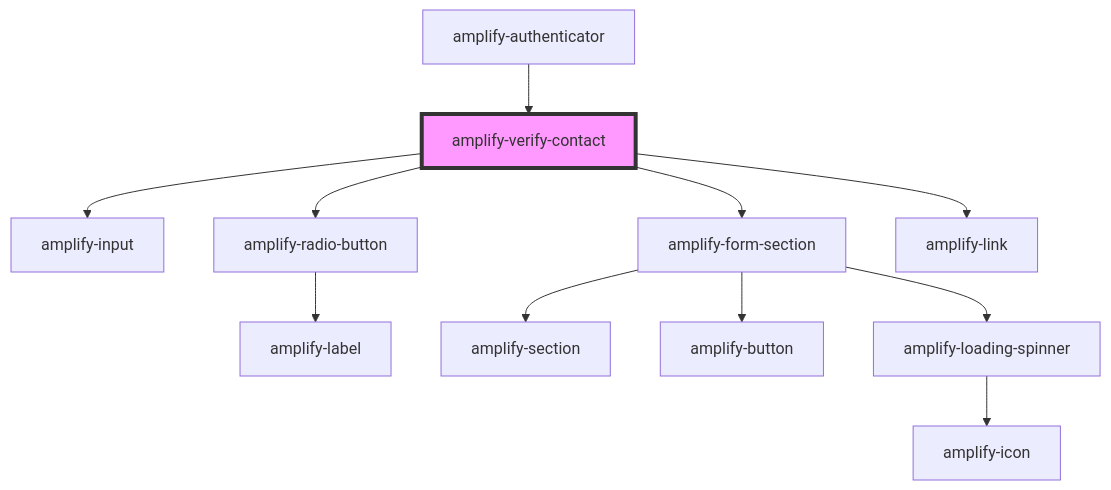
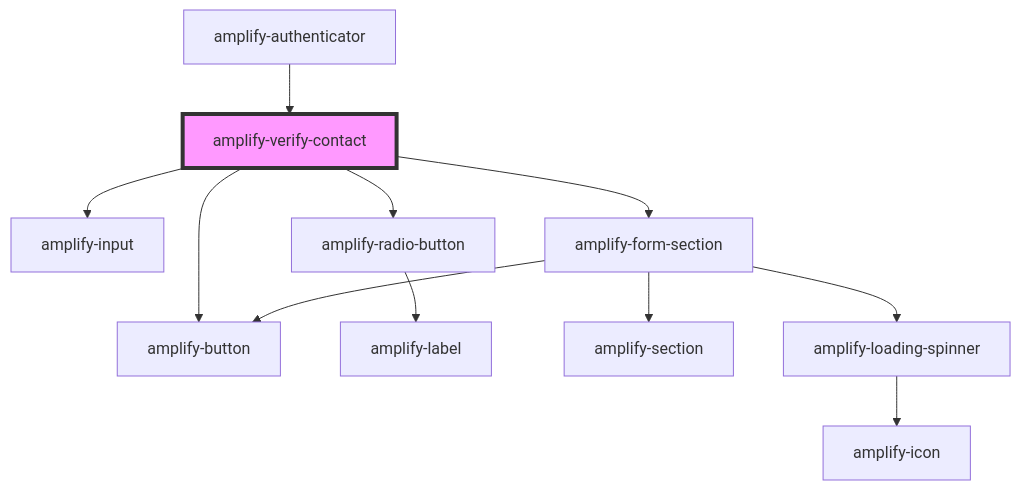
The diagram in packages/amplify-ui-components/src/components/amplify-verify-contact/readme.md (OneDev0411/amplify-js), drawn with Mermaid before and after one commit. The commit also changed other lines of this file and 27 other files, not shown here.

````diff
--- a/packages/amplify-ui-components/src/components/amplify-verify-contact/readme.md
+++ b/packages/amplify-ui-components/src/components/amplify-verify-contact/readme.md
@@ -28,14 +28,14 @@
 ```mermaid
 graph TD;
   amplify-verify-contact --> amplify-input
   amplify-verify-contact --> amplify-radio-button
   amplify-verify-contact --> amplify-form-section
-  amplify-verify-contact --> amplify-link
+  amplify-verify-contact --> amplify-button
   amplify-radio-button --> amplify-label
   amplify-form-section --> amplify-section
   amplify-form-section --> amplify-button
   amplify-form-section --> amplify-loading-spinner
   amplify-loading-spinner --> amplify-icon
   amplify-authenticator --> amplify-verify-contact
   style amplify-verify-contact fill:#f9f,stroke:#333,stroke-width:4px
 ```
````
